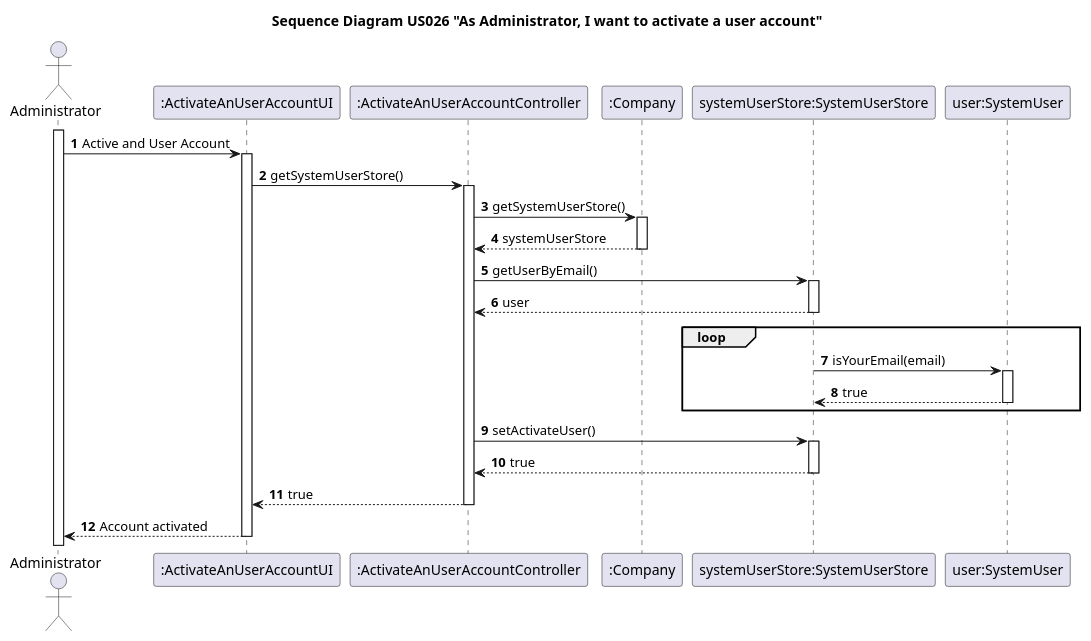
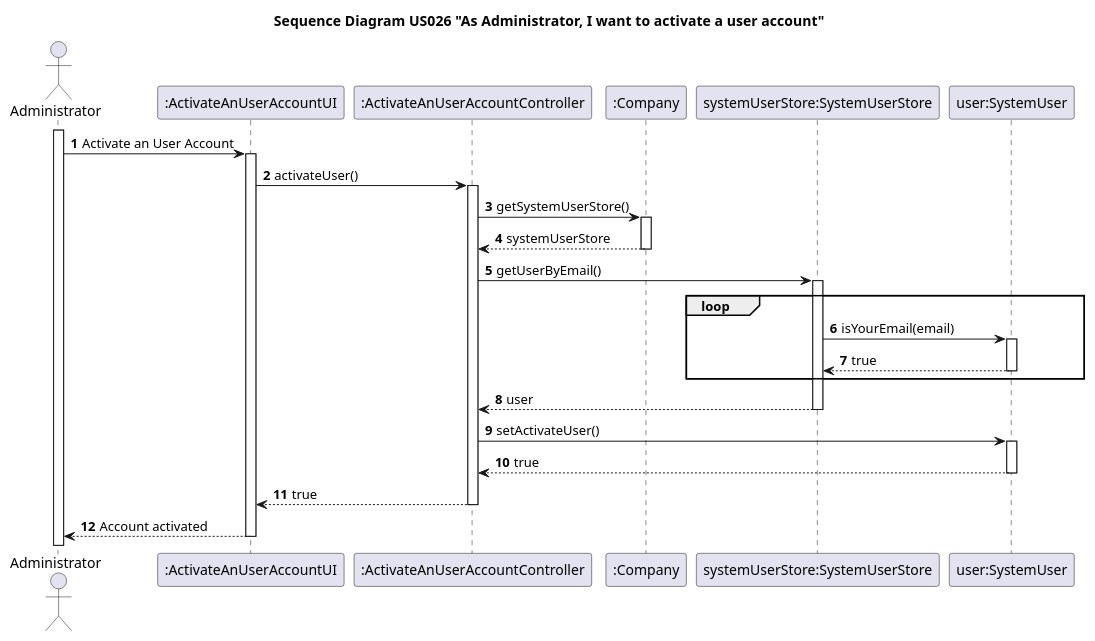
The diagram in docs/Sprint3/US026/US026-SD.puml (nunogon1211787/projectManagement), drawn with PlantUML before and after one commit. The commit also changed 5 other files, not shown here.

```diff
--- a/docs/Sprint3/US026/US026-SD.puml
+++ b/docs/Sprint3/US026/US026-SD.puml
@@ -1,33 +1,33 @@
 @startuml
 'https://plantuml.com/sequence-diagram
 
 title Sequence Diagram US026 "As Administrator, I want to activate a user account"
 
 autoactivate on
 autonumber
 
 actor "Administrator" as Administrator
 participant ":ActivateAnUserAccountUI" as UI
 participant ":ActivateAnUserAccountController" as Ctrl
 participant ":Company" as Company
 participant "systemUserStore:SystemUserStore" as SystemUserStore
 participant "user:SystemUser" as SystemUser
 
 
 activate "Administrator"
 
-"Administrator" -> UI: Active and User Account
-UI -> Ctrl: getSystemUserStore()
+"Administrator" -> UI: Activate an User Account
+UI -> Ctrl: activateUser()
 Ctrl -> Company: getSystemUserStore()
 return systemUserStore
 Ctrl -> SystemUserStore : getUserByEmail()
-return user
 loop
 SystemUserStore-> SystemUser: isYourEmail(email)
 SystemUser --> SystemUserStore: true
 end
-Ctrl -> SystemUserStore : setActivateUser()
-SystemUserStore --> Ctrl : true
+return user
+Ctrl -> SystemUser : setActivateUser()
+SystemUser --> Ctrl : true
 Ctrl --> UI : true
 UI --> "Administrator": Account activated
 @enduml
```
